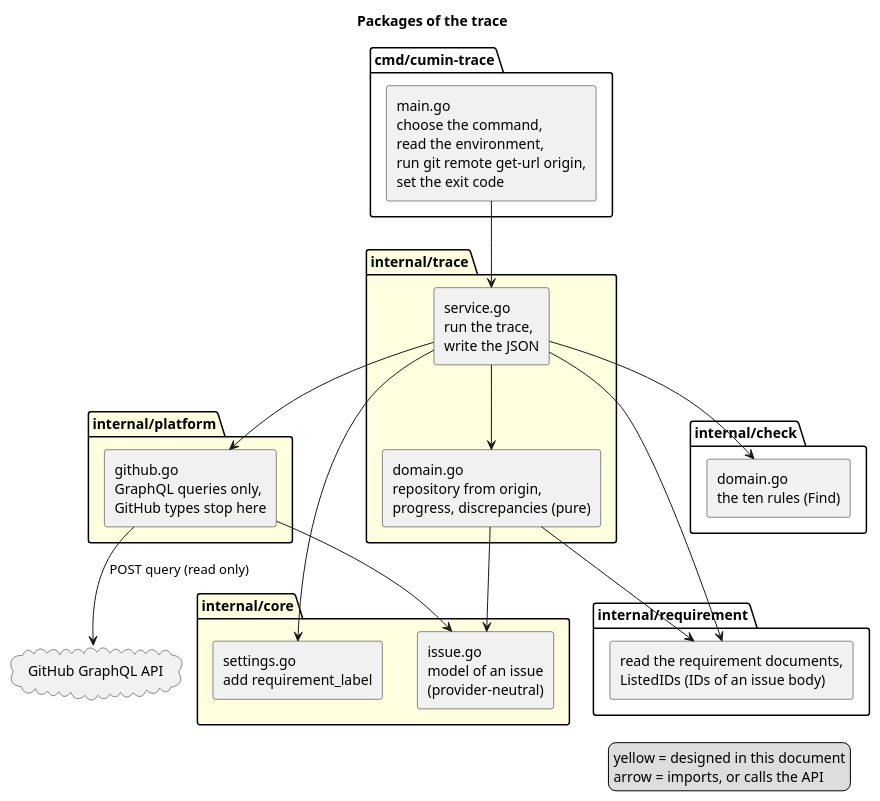
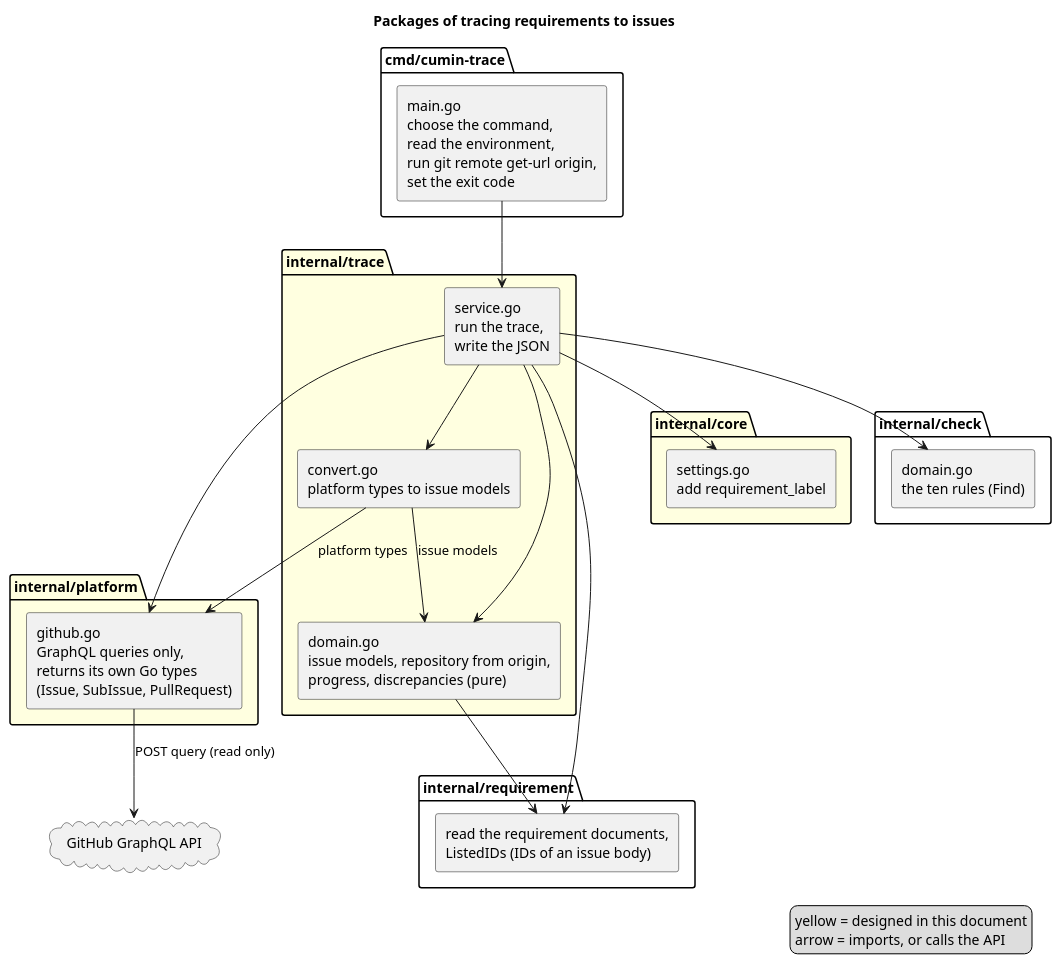
The diagram in docs/ja/designs/trace/trace-packages.puml (cloveclovedev/cumin-trace), drawn with PlantUML before and after one commit. The commit also changed 12 other files, not shown here.

First line of the commit message:
docs(designs): keep the issue models in the trace and name both sides of the trace

```diff
--- a/docs/ja/designs/trace/trace-packages.puml
+++ b/docs/ja/designs/trace/trace-packages.puml
@@ -1,49 +1,50 @@
 @startuml trace-packages
-title Packages of the trace
+title Packages of tracing requirements to issues
 skinparam shadowing false
 skinparam componentStyle rectangle
 
 package "cmd/cumin-trace" {
   [main.go\nchoose the command,\nread the environment,\nrun git remote get-url origin,\nset the exit code] as main
 }
 
 package "internal/trace" #LightYellow {
   [service.go\nrun the trace,\nwrite the JSON] as service
-  [domain.go\nrepository from origin,\nprogress, discrepancies (pure)] as rules
+  [domain.go\nissue models, repository from origin,\nprogress, discrepancies (pure)] as rules
+  [convert.go\nplatform types to issue models] as convert
 }
 
 package "internal/platform" #LightYellow {
-  [github.go\nGraphQL queries only,\nGitHub types stop here] as github
+  [github.go\nGraphQL queries only,\nreturns its own Go types\n(Issue, SubIssue, PullRequest)] as github
 }
 
 package "internal/core" #LightYellow {
-  [issue.go\nmodel of an issue\n(provider-neutral)] as issue
   [settings.go\nadd requirement_label] as settings
 }
 
 package "internal/check" {
   [domain.go\nthe ten rules (Find)] as check
 }
 
 package "internal/requirement" {
   [read the requirement documents,\nListedIDs (IDs of an issue body)] as requirement
 }
 
 cloud "GitHub GraphQL API" as api
 
 main --> service
 service --> settings
 service --> requirement
 service --> check
 service --> rules
 service --> github
-rules --> issue
+service --> convert
+convert --> github : platform types
+convert --> rules : issue models
 rules --> requirement
-github --> issue
 github --> api : POST query (read only)
 
 legend right
   yellow = designed in this document
   arrow = imports, or calls the API
 endlegend
 @enduml
```
